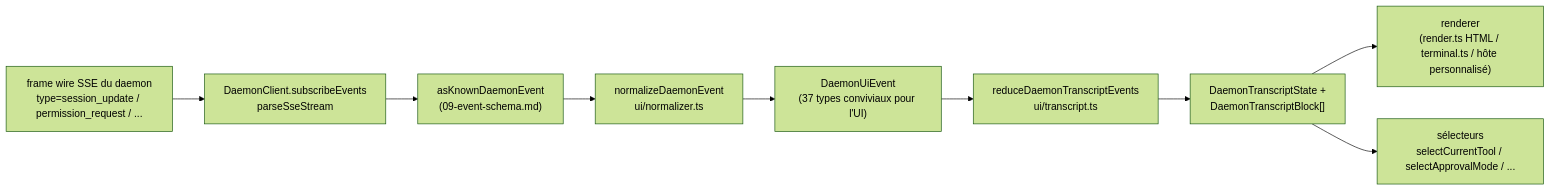
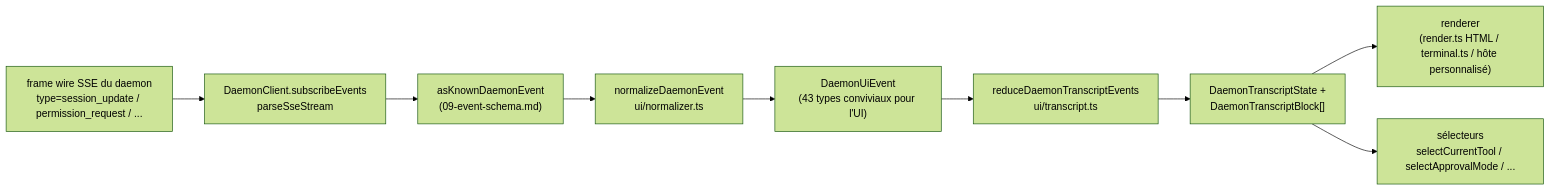
One commit to QwenLM/qwen-code-docs changed the diagram in website/content/fr/developers/daemon/14-cli-tui-adapter.md. Above: the diagram before and after it, drawn with Mermaid (forest theme). The commit also changed other lines of this file and 265 other files, not shown here.

````diff
--- a/website/content/fr/developers/daemon/14-cli-tui-adapter.md
+++ b/website/content/fr/developers/daemon/14-cli-tui-adapter.md
@@ -114,12 +114,12 @@
 ```mermaid
 flowchart LR
     A["frame wire SSE du daemon<br/>type=session_update / permission_request / ..."]
     A --> B["DaemonClient.subscribeEvents<br/>parseSseStream"]
     B --> C["asKnownDaemonEvent<br/>(09-event-schema.md)"]
     C --> D["normalizeDaemonEvent<br/>ui/normalizer.ts"]
-    D --> E["DaemonUiEvent<br/>(37 types conviviaux pour l'UI)"]
+    D --> E["DaemonUiEvent<br/>(43 types conviviaux pour l'UI)"]
     E --> F["reduceDaemonTranscriptEvents<br/>ui/transcript.ts"]
     F --> G["DaemonTranscriptState +<br/>DaemonTranscriptBlock[]"]
     G --> H["renderer<br/>(render.ts HTML / terminal.ts / hôte personnalisé)"]
     G --> I["sélecteurs<br/>selectCurrentTool / selectApprovalMode / ..."]
 ```
````
